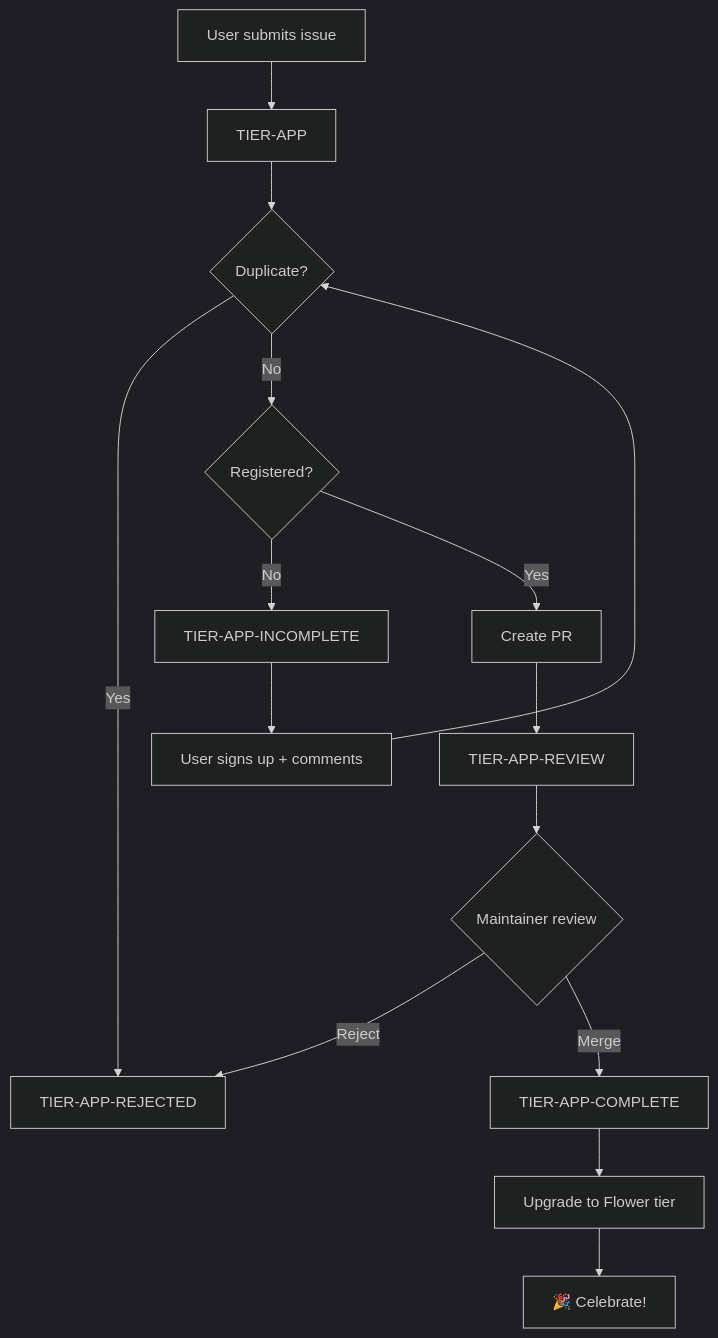
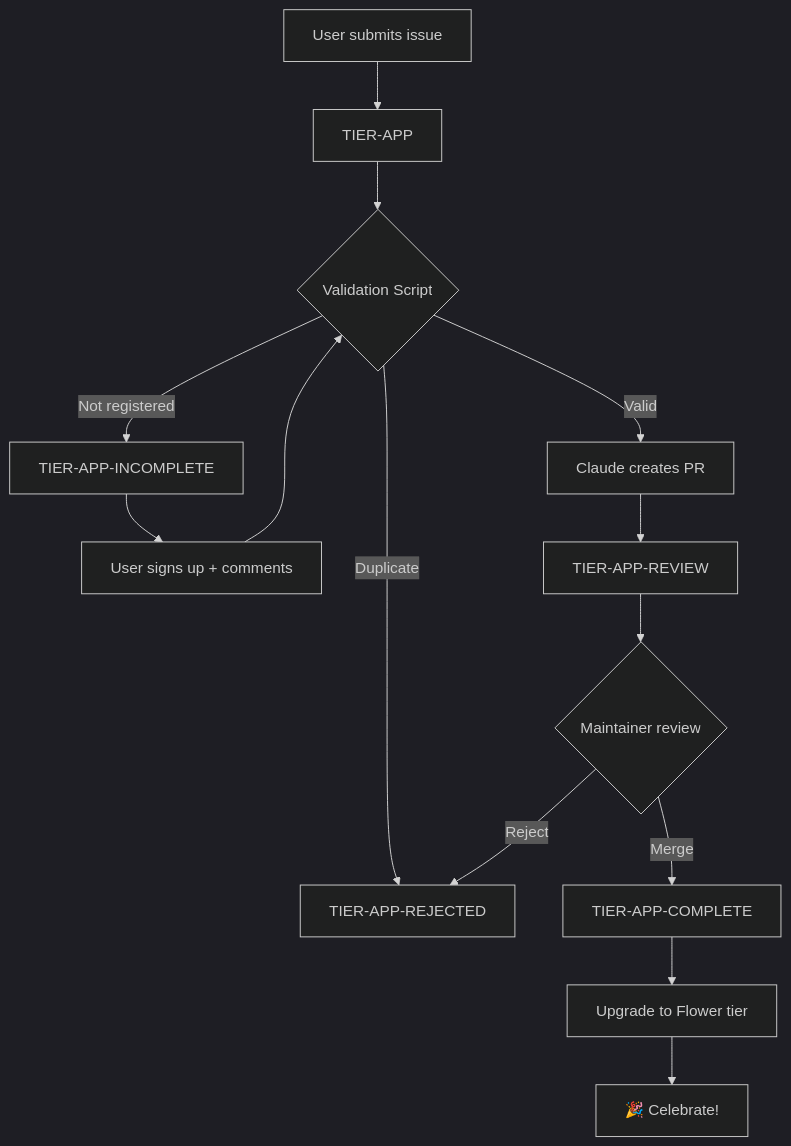
The diagram in .github/docs/APP-SUBMISSION.md (pollinations/pollinations), drawn with Mermaid before and after one commit. The commit also changed other lines of this file, not shown here.

Commit message:
docs: update app submission workflow documentation

````diff
--- a/.github/docs/APP-SUBMISSION.md
+++ b/.github/docs/APP-SUBMISSION.md
@@ -100,18 +106,17 @@
 ```mermaid
 %%{init: {'theme': 'dark'}}%%
 flowchart TD
     A[User submits issue] --> B[TIER-APP]
-    B --> C{Duplicate?}
-    C -->|Yes| X[TIER-APP-REJECTED]
-    C -->|No| D{Registered?}
-    D -->|No| E[TIER-APP-INCOMPLETE]
+    B --> V{Validation Script}
+    V -->|Duplicate| X[TIER-APP-REJECTED]
+    V -->|Not registered| E[TIER-APP-INCOMPLETE]
     E --> F[User signs up + comments]
-    F --> C
-    D -->|Yes| G[Create PR]
+    F --> V
+    V -->|Valid| G[Claude creates PR]
     G --> H[TIER-APP-REVIEW]
     H --> I{Maintainer review}
     I -->|Reject| X
     I -->|Merge| J[TIER-APP-COMPLETE]
     J --> K[Upgrade to Flower tier]
     K --> L[🎉 Celebrate!]
 ```
````
